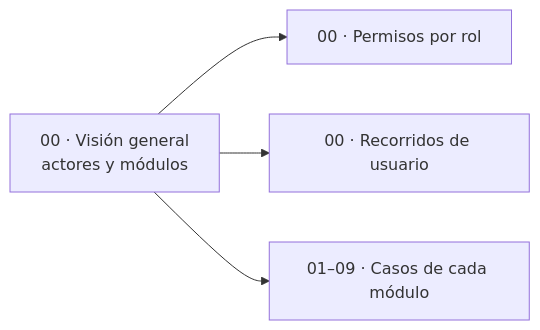
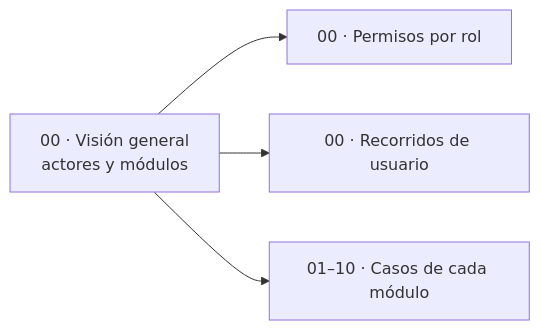
The diagram in documentacion/04-casos-de-uso/README.md (PabloP150/proyecto-is-cc6), drawn with Mermaid before and after one commit. The commit also changed other lines of this file and 204 other files, not shown here.

First line of the commit message:
docs: update all documentation, diagrams and PNGs to the test/e2e state

````diff
--- a/documentacion/04-casos-de-uso/README.md
+++ b/documentacion/04-casos-de-uso/README.md
@@ -5,6 +5,6 @@
 ```mermaid
 flowchart LR
     G["00 · Visión general<br/>actores y módulos"] --> P["00 · Permisos por rol"]
     G --> R["00 · Recorridos de usuario"]
-    G --> M["01–09 · Casos de cada módulo"]
+    G --> M["01–10 · Casos de cada módulo"]
 ```
````
